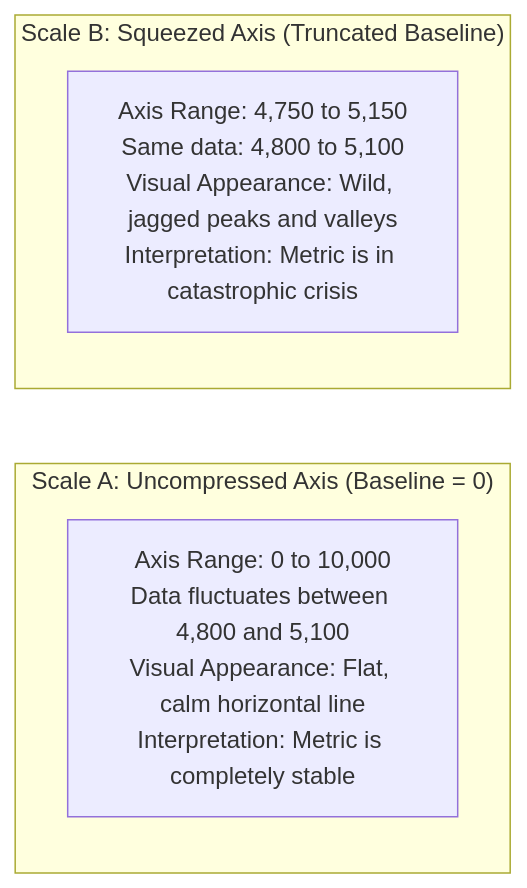
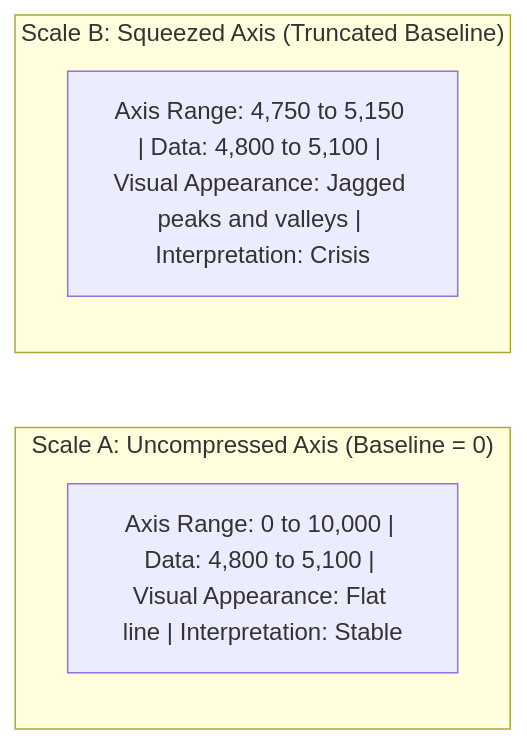
One commit to DeepLumiere/DeepSkills changed the tenth of 18 diagrams in notes/data_analysis/Unit_5_notes.md. Above: the diagram before and after it, drawn with Mermaid. The commit also changed other lines of this file and 56 other files, not shown here.

````diff
--- a/notes/data_analysis/Unit_5_notes.md
+++ b/notes/data_analysis/Unit_5_notes.md
@@ -608,10 +608,10 @@
 ```mermaid
 flowchart LR
     subgraph TrapA ["Scale A: Uncompressed Axis (Baseline = 0)"]
-        TA["Axis Range: 0 to 10,000<br/>Data fluctuates between 4,800 and 5,100<br/>Visual Appearance: Flat, calm horizontal line<br/>Interpretation: Metric is completely stable"]
+        TA["Axis Range: 0 to 10,000 | Data: 4,800 to 5,100 | Visual Appearance: Flat line | Interpretation: Stable"]
     end
 
     subgraph TrapB ["Scale B: Squeezed Axis (Truncated Baseline)"]
-        TB["Axis Range: 4,750 to 5,150<br/>Same data: 4,800 to 5,100<br/>Visual Appearance: Wild, jagged peaks and valleys<br/>Interpretation: Metric is in catastrophic crisis"]
+        TB["Axis Range: 4,750 to 5,150 | Data: 4,800 to 5,100 | Visual Appearance: Jagged peaks and valleys | Interpretation: Crisis"]
     end
 ```
````
